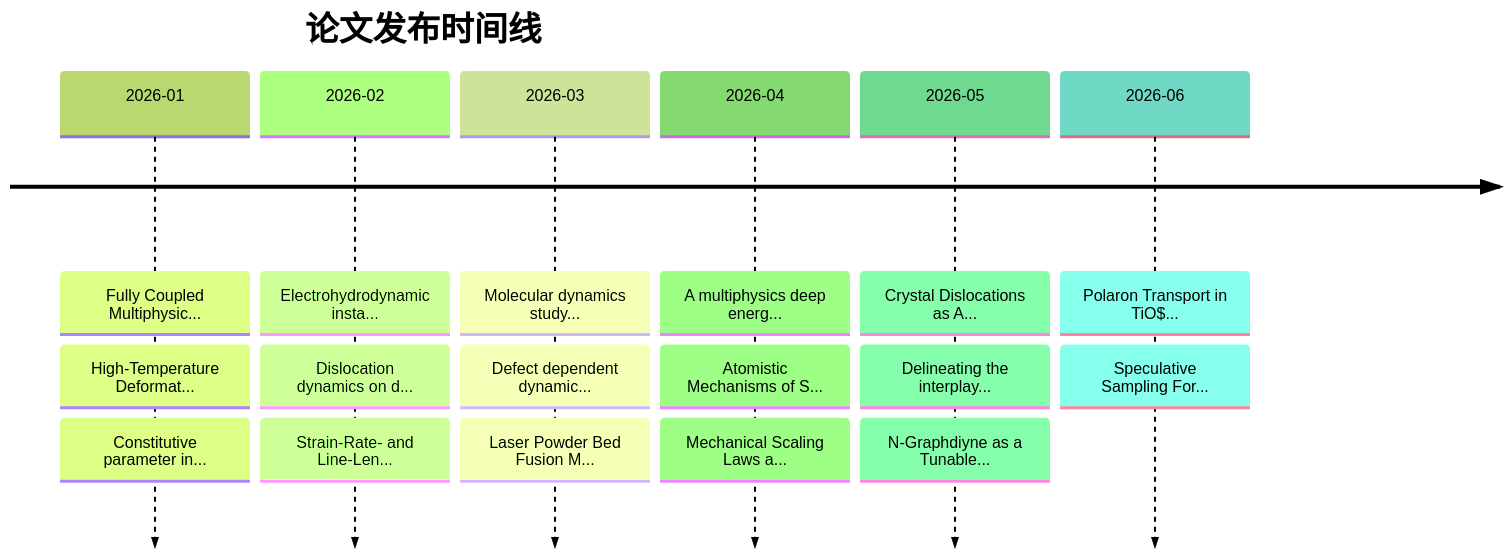
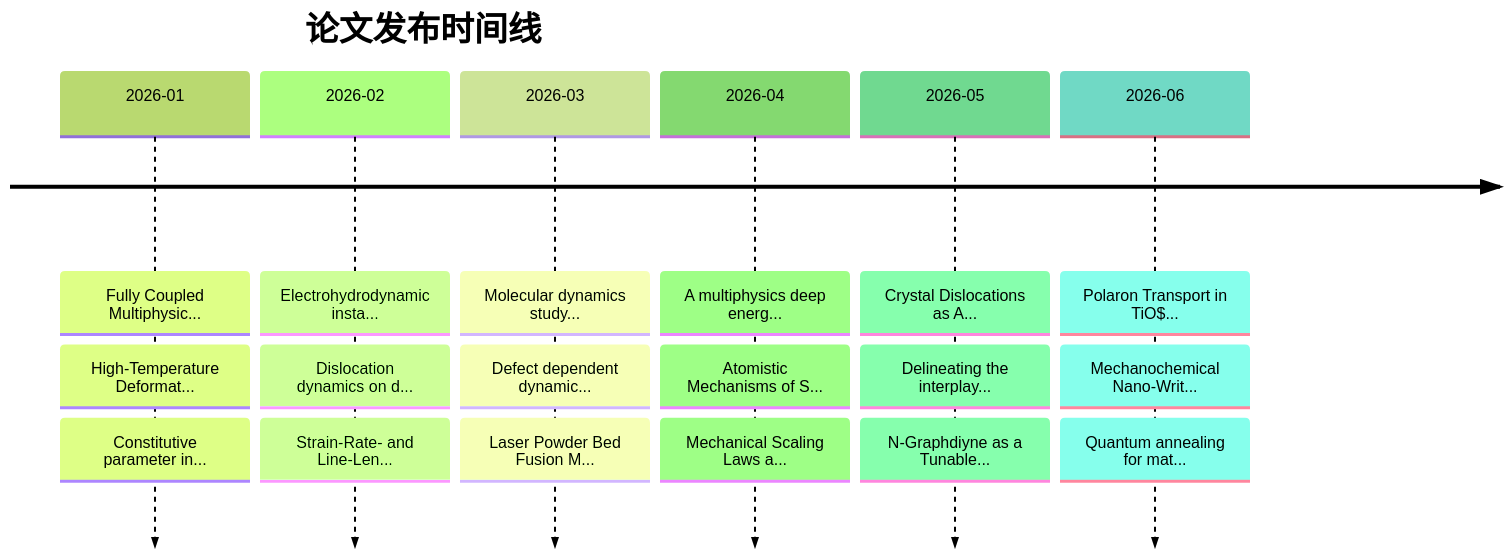
Before and after one commit to Shirakawa11111/BJK_readpaper: the second of 2 diagrams in README.md, drawn with Mermaid (forest theme). The commit also changed other lines of this file and 11 other files, not shown here.

````diff
--- a/README.md
+++ b/README.md
@@ -206,10 +206,10 @@
 ```mermaid
 timeline
     title 论文发布时间线
     2026-01 : Fully Coupled Multiphysic... : High-Temperature Deformat... : Constitutive parameter in...
     2026-02 : Electrohydrodynamic insta... : Dislocation dynamics on d... : Strain-Rate- and Line-Len...
     2026-03 : Molecular dynamics study... : Defect dependent dynamic... : Laser Powder Bed Fusion M...
     2026-04 : A multiphysics deep energ... : Atomistic Mechanisms of S... : Mechanical Scaling Laws a...
     2026-05 : Crystal Dislocations as A... : Delineating the interplay... : N-Graphdiyne as a Tunable...
-    2026-06 : Polaron Transport in TiO$... : Speculative Sampling For...
+    2026-06 : Polaron Transport in TiO$... : Mechanochemical Nano-Writ... : Quantum annealing for mat...
 ```
````
